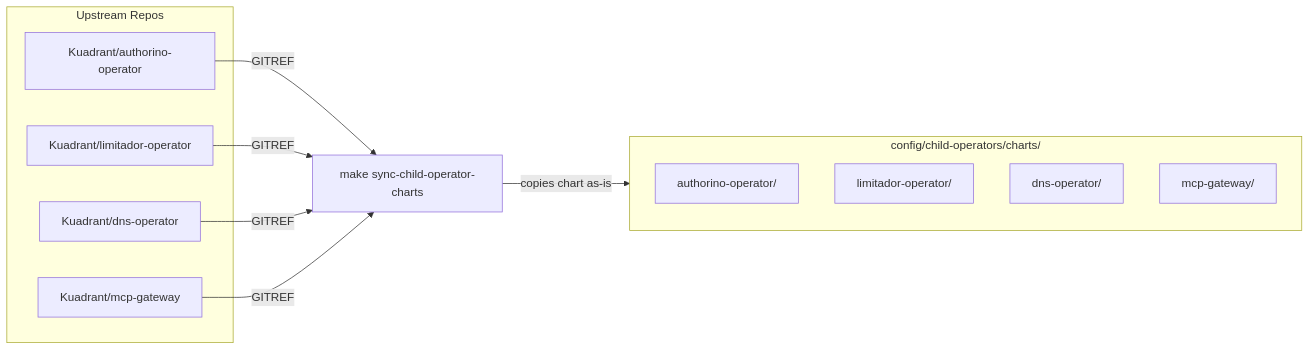
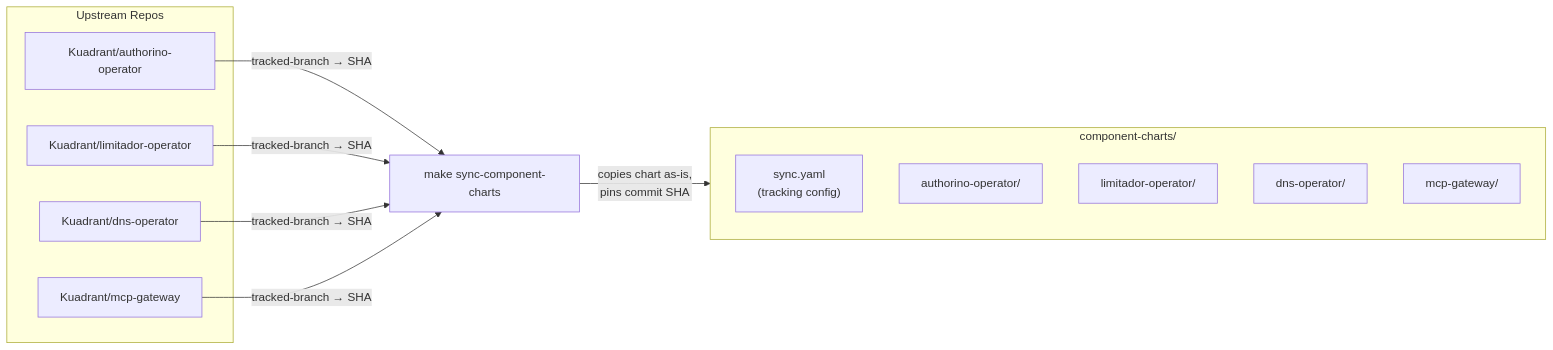
One commit to Kuadrant/architecture changed the first of 6 diagrams in rfcs/0019-olmv1-operator-consolidation/architecture-diagrams.md. Above: the diagram before and after it, drawn with Mermaid. The commit also changed other lines of this file and 1 other file, not shown here.

Commit message:
docs: update RFC 0019 to reflect implemented chart sync tooling

````diff
--- a/rfcs/0019-olmv1-operator-consolidation/architecture-diagrams.md
+++ b/rfcs/0019-olmv1-operator-consolidation/architecture-diagrams.md
@@ -18,25 +18,26 @@
 ```mermaid
 graph LR
     subgraph upstream["Upstream Repos"]
         AO["Kuadrant/authorino-operator"]
         LO["Kuadrant/limitador-operator"]
         DO["Kuadrant/dns-operator"]
         MG["Kuadrant/mcp-gateway"]
     end
 
-    SYNC["make sync-child-operator-charts"]
+    SYNC["make sync-component-charts"]
 
-    AO -->|GITREF| SYNC
-    LO -->|GITREF| SYNC
-    DO -->|GITREF| SYNC
-    MG -->|GITREF| SYNC
+    AO -->|"tracked-branch → SHA"| SYNC
+    LO -->|"tracked-branch → SHA"| SYNC
+    DO -->|"tracked-branch → SHA"| SYNC
+    MG -->|"tracked-branch → SHA"| SYNC
 
-    subgraph local["config/child-operators/charts/"]
+    subgraph local["component-charts/"]
+        cfg["sync.yaml<br/>(tracking config)"]
         ao_t["authorino-operator/"]
         lo_t["limitador-operator/"]
         do_t["dns-operator/"]
         mg_t["mcp-gateway/"]
     end
 
-    SYNC -->|"copies chart as-is"| local
+    SYNC -->|"copies chart as-is,<br/>pins commit SHA"| local
 ```
````
